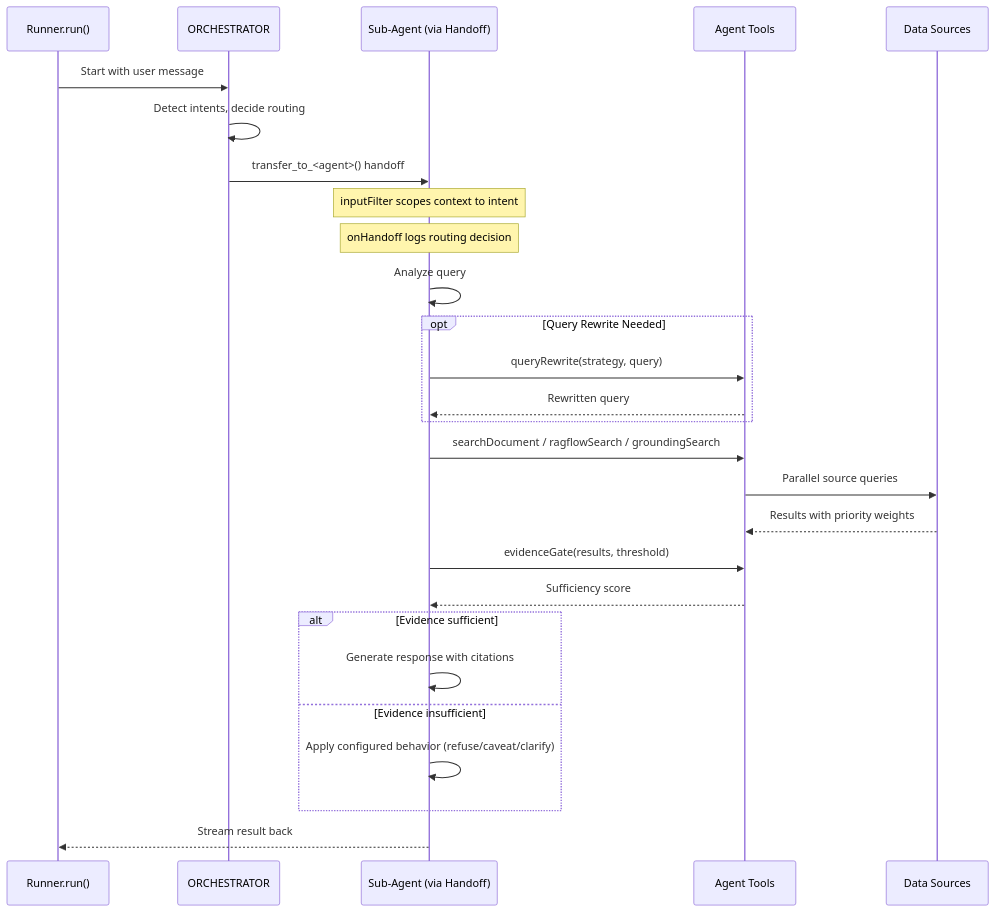
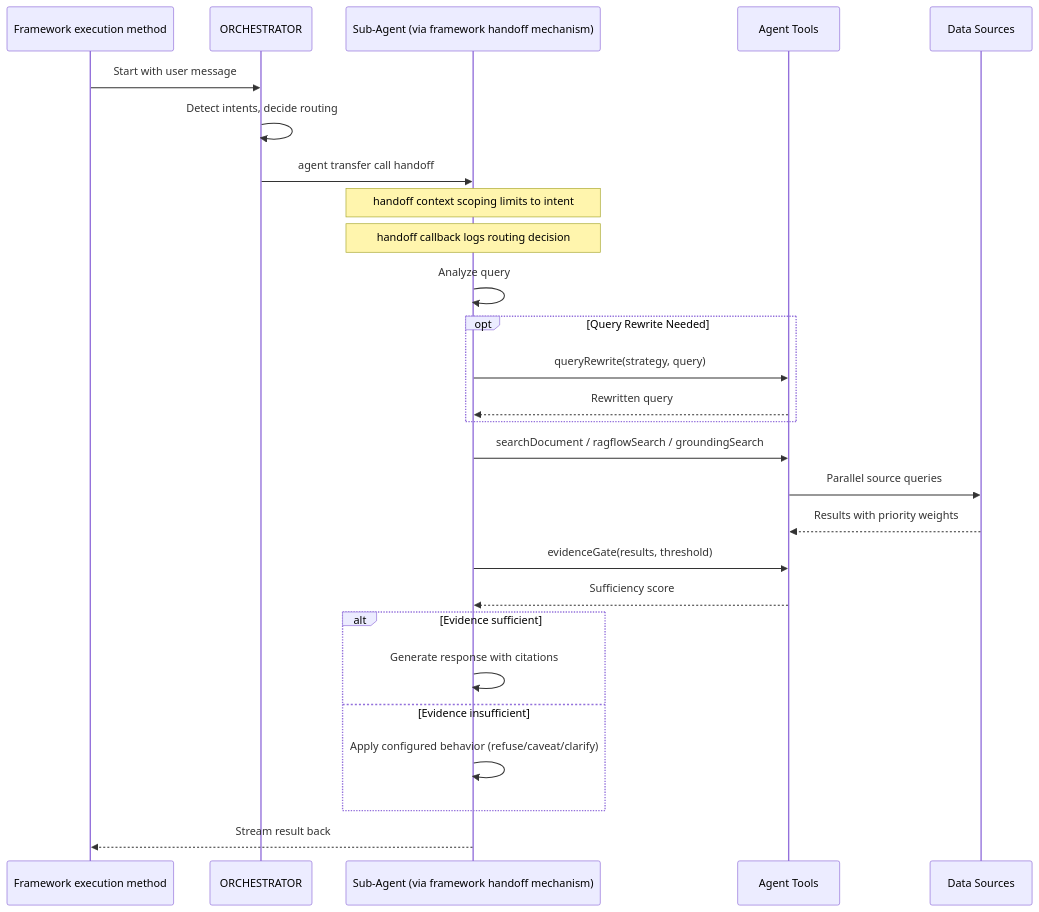
Before and after one commit to 1qh/safeagent: the sixth of 17 diagrams in plan/06-agents.md, drawn with Mermaid. The commit also changed other lines of this file and 18 other files, not shown here.

````diff
--- a/plan/06-agents.md
+++ b/plan/06-agents.md
@@ -195,36 +195,36 @@
 ```mermaid
 sequenceDiagram
-    participant RUNNER as Runner.run()
+    participant RUNNER as Framework execution method
     participant ORCHESTRATOR
-    participant SUB_AGENT as Sub-Agent (via Handoff)
+    participant SUB_AGENT as Sub-Agent (via framework handoff mechanism)
     participant AGENT_TOOLS as Agent Tools
     participant DATA_SOURCES as Data Sources
 
     RUNNER->>ORCHESTRATOR: Start with user message
     ORCHESTRATOR->>ORCHESTRATOR: Detect intents, decide routing
-    ORCHESTRATOR->>SUB_AGENT: transfer_to_<agent>() handoff
-    Note over SUB_AGENT: inputFilter scopes context to intent
-    Note over SUB_AGENT: onHandoff logs routing decision
+    ORCHESTRATOR->>SUB_AGENT: agent transfer call handoff
+    Note over SUB_AGENT: handoff context scoping limits to intent
+    Note over SUB_AGENT: handoff callback logs routing decision
 
     SUB_AGENT->>SUB_AGENT: Analyze query
 
     opt Query Rewrite Needed
         SUB_AGENT->>AGENT_TOOLS: queryRewrite(strategy, query)
         AGENT_TOOLS-->>SUB_AGENT: Rewritten query
     end
 
     SUB_AGENT->>AGENT_TOOLS: searchDocument / ragflowSearch / groundingSearch
     AGENT_TOOLS->>DATA_SOURCES: Parallel source queries
     DATA_SOURCES-->>AGENT_TOOLS: Results with priority weights
 
     SUB_AGENT->>AGENT_TOOLS: evidenceGate(results, threshold)
     AGENT_TOOLS-->>SUB_AGENT: Sufficiency score
 
     alt Evidence sufficient
         SUB_AGENT->>SUB_AGENT: Generate response with citations
     else Evidence insufficient
         SUB_AGENT->>SUB_AGENT: Apply configured behavior (refuse/caveat/clarify)
     end
 
     SUB_AGENT-->>RUNNER: Stream result back
 ```
````
